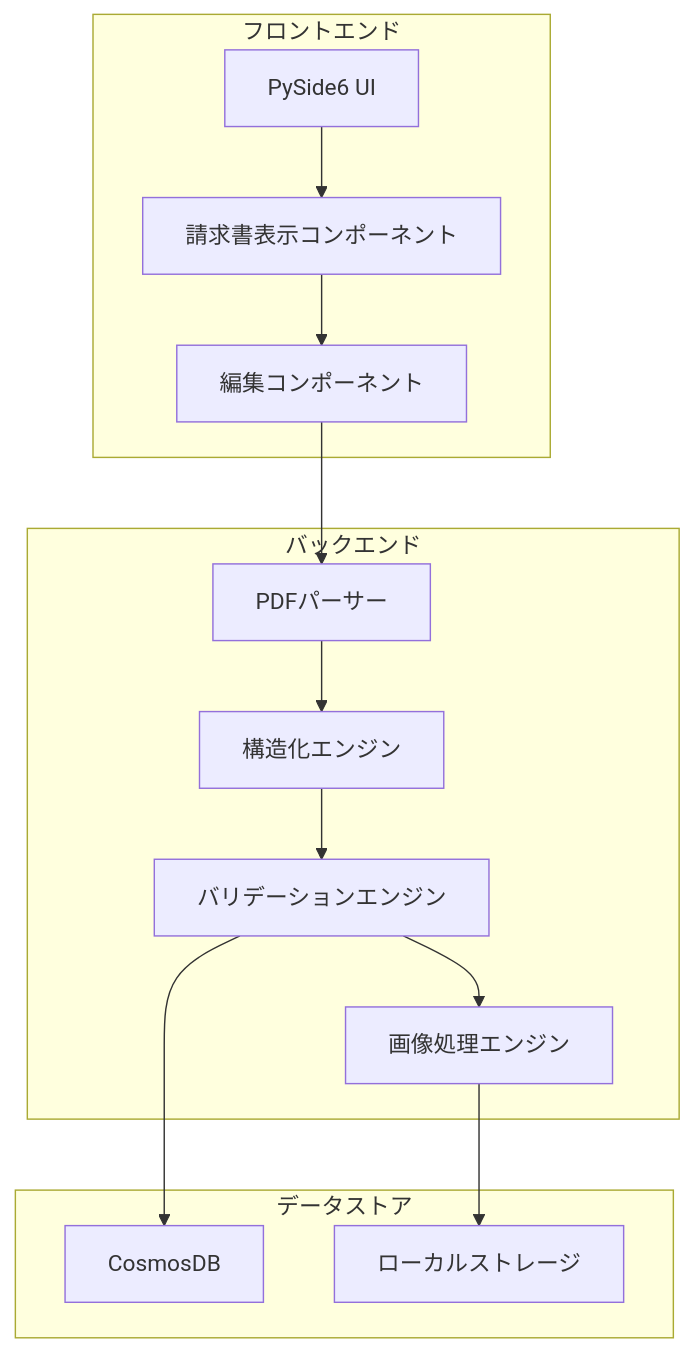
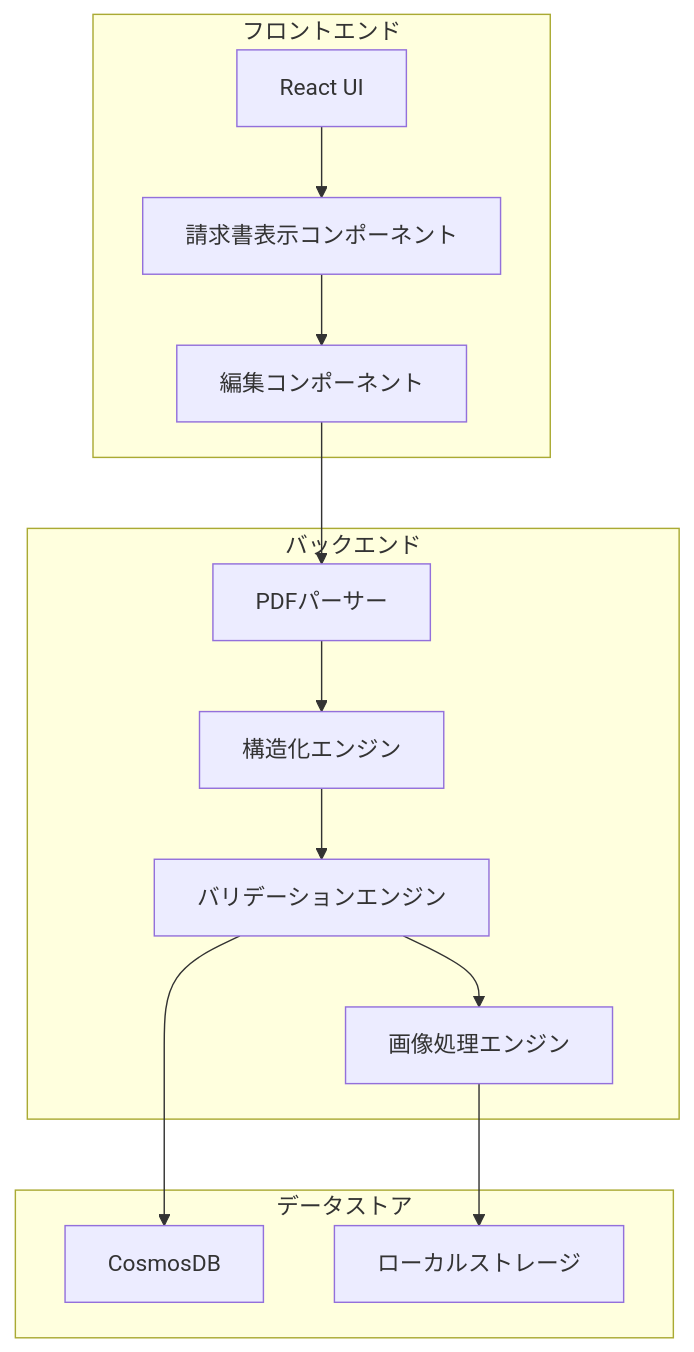
One commit to kimura00123/seikyusyo2 changed the second of 7 diagrams in CLINE.md. Above: the diagram before and after it, drawn with Mermaid. The commit also changed other lines of this file and 98 other files, not shown here.

````diff
--- a/CLINE.md
+++ b/CLINE.md
@@ -34,29 +34,29 @@
 ```mermaid
 graph TB
     subgraph "フロントエンド"
-        A[PySide6 UI]
+        A[React UI]
         B[請求書表示コンポーネント]
         C[編集コンポーネント]
     end
     
     subgraph "バックエンド"
         D[PDFパーサー]
         E[構造化エンジン]
         F[バリデーションエンジン]
         G[画像処理エンジン]
     end
     
     subgraph "データストア"
         H[CosmosDB]
         I[ローカルストレージ]
     end
     
     A --> B
     B --> C
     C --> D
     D --> E
     E --> F
     F --> G
     F --> H
     G --> I
 ```
````
